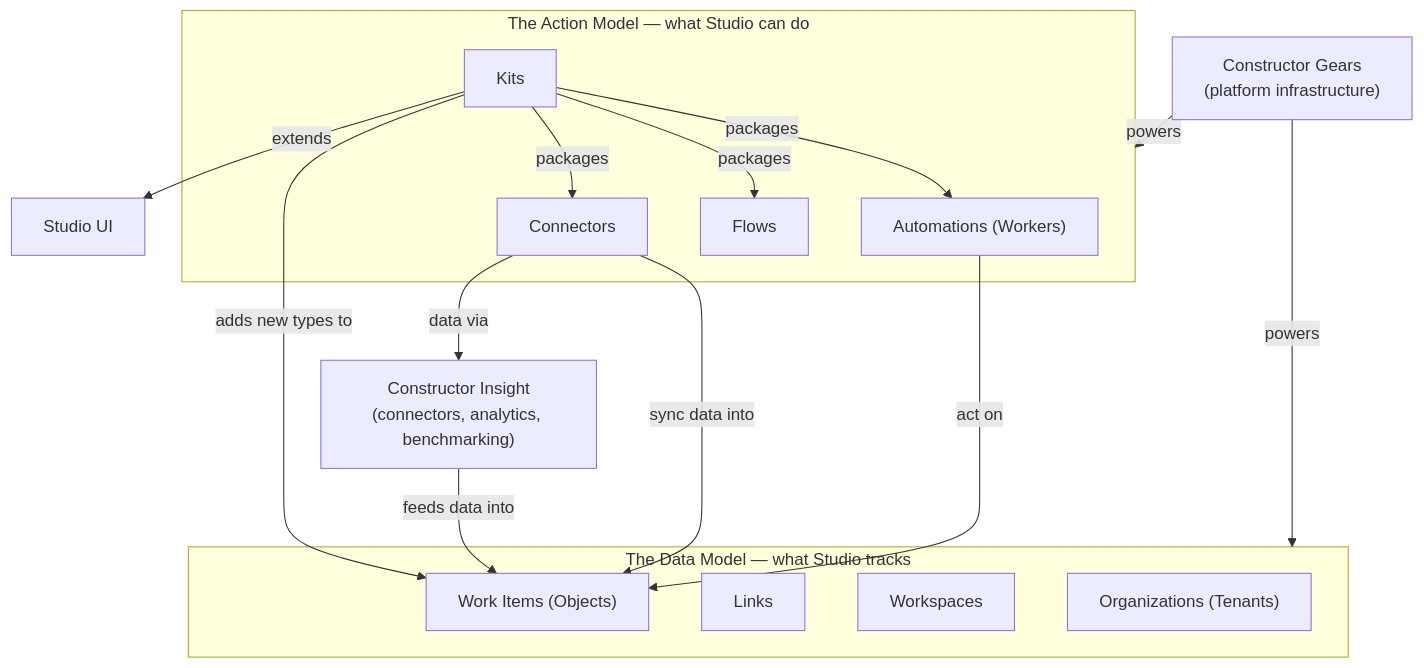
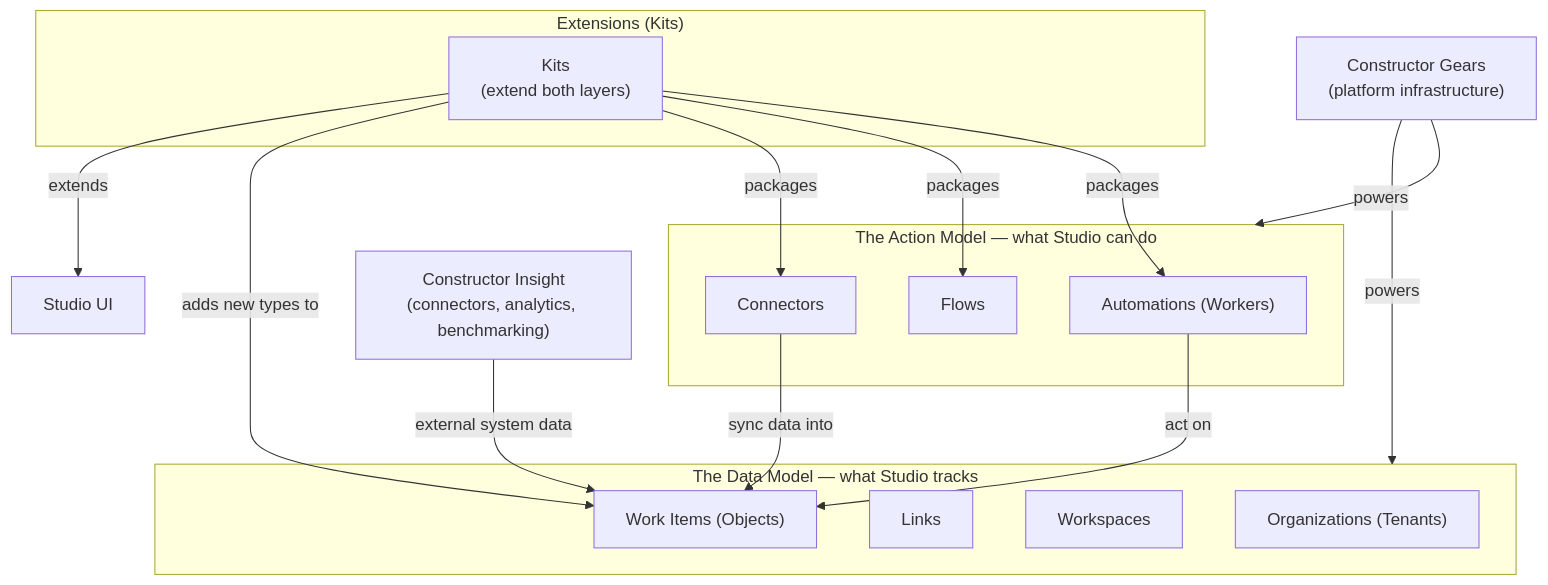
Before and after one commit to constructorfabric/vision: the diagram in STUDIO_ARCH_DOMAIN_MODEL_OVERVIEW.md, drawn with Mermaid. The commit also changed other lines of this file, not shown here.

````diff
--- a/STUDIO_ARCH_DOMAIN_MODEL_OVERVIEW.md
+++ b/STUDIO_ARCH_DOMAIN_MODEL_OVERVIEW.md
@@ -36,34 +40,36 @@
 ```mermaid
 flowchart TB
     subgraph ActionModel["The Action Model — what Studio can do"]
         AUT["Automations (Workers)"]
         FL["Flows"]
-        KIT["Kits"]
         CON["Connectors"]
     end
 
     subgraph DataModel["The Data Model — what Studio tracks"]
         WI["Work Items (Objects)"]
         LK["Links"]
         WS["Workspaces"]
         ORG["Organizations (Tenants)"]
+    end
+
+    subgraph Extensions["Extensions (Kits)"]
+        KIT["Kits\n(extend both layers)"]
     end
 
     UI["Studio UI"]
 
     AUT -->|"act on"| WI
     CON -->|"sync data into"| WI
     KIT -->|"packages"| AUT
     KIT -->|"packages"| FL
     KIT -->|"packages"| CON
     KIT -->|"adds new types to"| WI
     KIT -->|"extends"| UI
 
     INSIGHT["Constructor Insight\n(connectors, analytics, benchmarking)"]
     GEARS["Constructor Gears\n(platform infrastructure)"]
 
-    CON -->|"data via"| INSIGHT
-    INSIGHT -->|"feeds data into"| WI
+    INSIGHT -->|"external system data"| WI
     GEARS -->|"powers"| ActionModel
     GEARS -->|"powers"| DataModel
 ```
````
